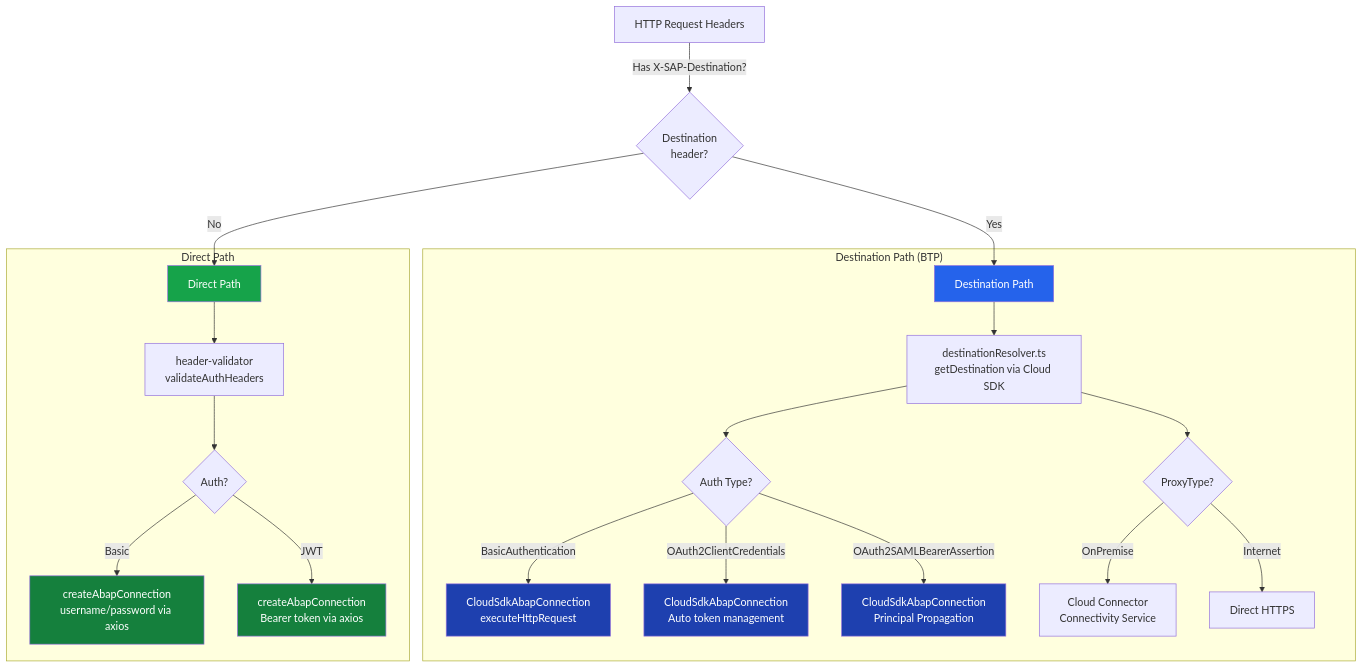
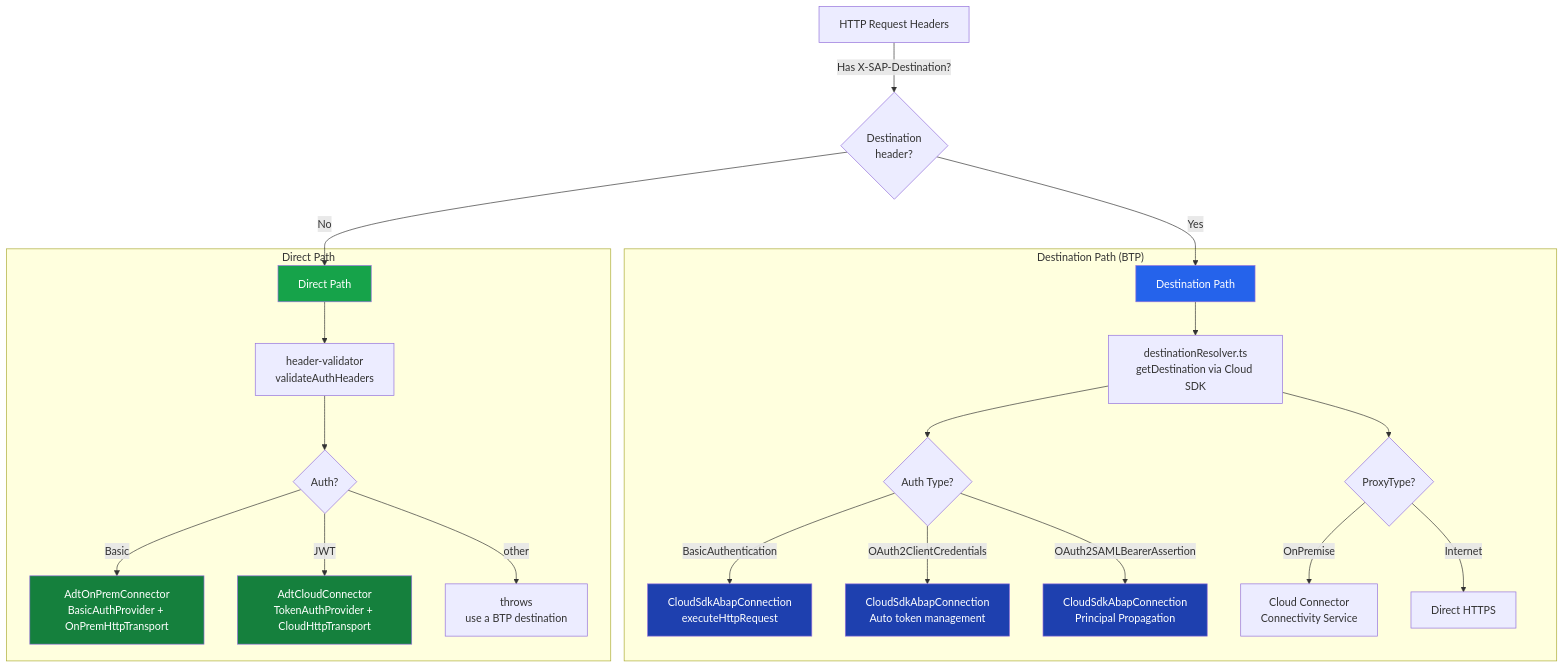
Diagram 15 of 24 in docs/architecture/ARCHITECTURE.md (fr0ster/cloud-llm-hub), drawn with Mermaid before and after one commit. The commit also changed other lines of this file and 45 other files, not shown here.

````diff
--- a/docs/architecture/ARCHITECTURE.md
+++ b/docs/architecture/ARCHITECTURE.md
@@ -854,38 +857,39 @@
 ```mermaid
 graph TB
     REQ[HTTP Request Headers]
 
     REQ -->|"Has X-SAP-Destination?"| CHECK{Destination<br/>header?}
 
     CHECK -->|Yes| DEST_PATH["Destination Path"]
     CHECK -->|No| DIRECT_PATH["Direct Path"]
 
     subgraph "Destination Path (BTP)"
         DEST_PATH --> DR[destinationResolver.ts<br/>getDestination via Cloud SDK]
         DR --> AUTH_CHECK{Auth Type?}
 
         AUTH_CHECK -->|BasicAuthentication| CLOUD_SDK1[CloudSdkAbapConnection<br/>executeHttpRequest]
         AUTH_CHECK -->|OAuth2ClientCredentials| CLOUD_SDK2[CloudSdkAbapConnection<br/>Auto token management]
         AUTH_CHECK -->|OAuth2SAMLBearerAssertion| CLOUD_SDK3[CloudSdkAbapConnection<br/>Principal Propagation]
 
         DR --> PROXY_CHECK{ProxyType?}
         PROXY_CHECK -->|OnPremise| ONPREM[Cloud Connector<br/>Connectivity Service]
         PROXY_CHECK -->|Internet| INTERNET[Direct HTTPS]
     end
 
     subgraph "Direct Path"
         DIRECT_PATH --> HV[header-validator<br/>validateAuthHeaders]
         HV --> DIRECT_AUTH{Auth?}
 
-        DIRECT_AUTH -->|Basic| BASIC_CONN[createAbapConnection<br/>username/password via axios]
-        DIRECT_AUTH -->|JWT| JWT_CONN[createAbapConnection<br/>Bearer token via axios]
+        DIRECT_AUTH -->|Basic| BASIC_CONN[AdtOnPremConnector<br/>BasicAuthProvider + OnPremHttpTransport]
+        DIRECT_AUTH -->|JWT| JWT_CONN[AdtCloudConnector<br/>TokenAuthProvider + CloudHttpTransport]
+        DIRECT_AUTH -->|other| NO_CONN[throws<br/>use a BTP destination]
     end
 
     style DEST_PATH fill:#2563eb,color:#fff
     style DIRECT_PATH fill:#16a34a,color:#fff
     style CLOUD_SDK1 fill:#1e40af,color:#fff
     style CLOUD_SDK2 fill:#1e40af,color:#fff
     style CLOUD_SDK3 fill:#1e40af,color:#fff
     style BASIC_CONN fill:#15803d,color:#fff
     style JWT_CONN fill:#15803d,color:#fff
 ```
````
